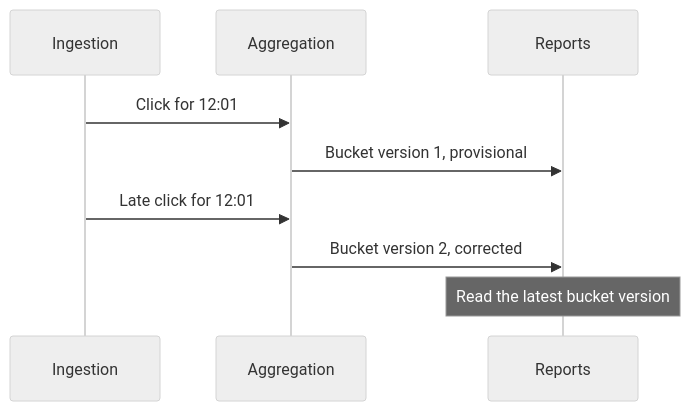
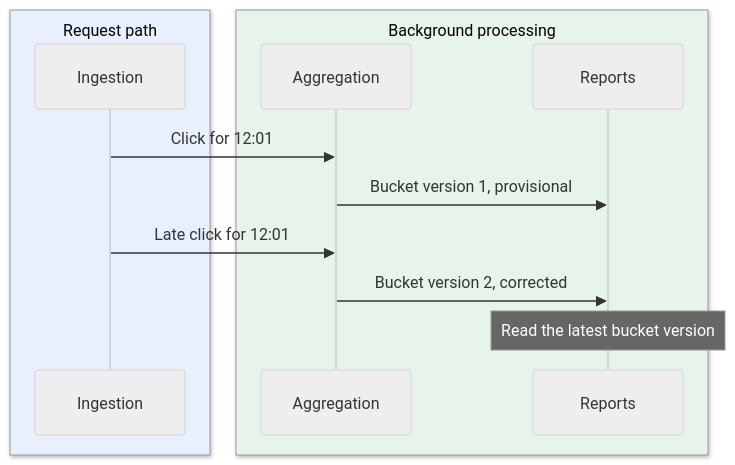
Before and after one commit to iliazlobin/iliazlobin.github.io: the fifth of 5 diagrams in _designs/system-design-ad-click-aggregator.md, drawn with Mermaid (neutral theme). The commit also changed other lines of this file and 131 other files, not shown here.

````diff
--- a/_designs/system-design-ad-click-aggregator.md
+++ b/_designs/system-design-ad-click-aggregator.md
@@ -250,11 +403,15 @@
 ```mermaid
 sequenceDiagram
+  box rgb(232,240,254) Request path
   participant I as Ingestion
+  end
+  box rgb(230,244,234) Background processing
   participant A as Aggregation
   participant Q as Reports
+  end
   I->>A: Click for 12:01
   A->>Q: Bucket version 1, provisional
   I->>A: Late click for 12:01
   A->>Q: Bucket version 2, corrected
   Note over Q: Read the latest bucket version
 ```
````
